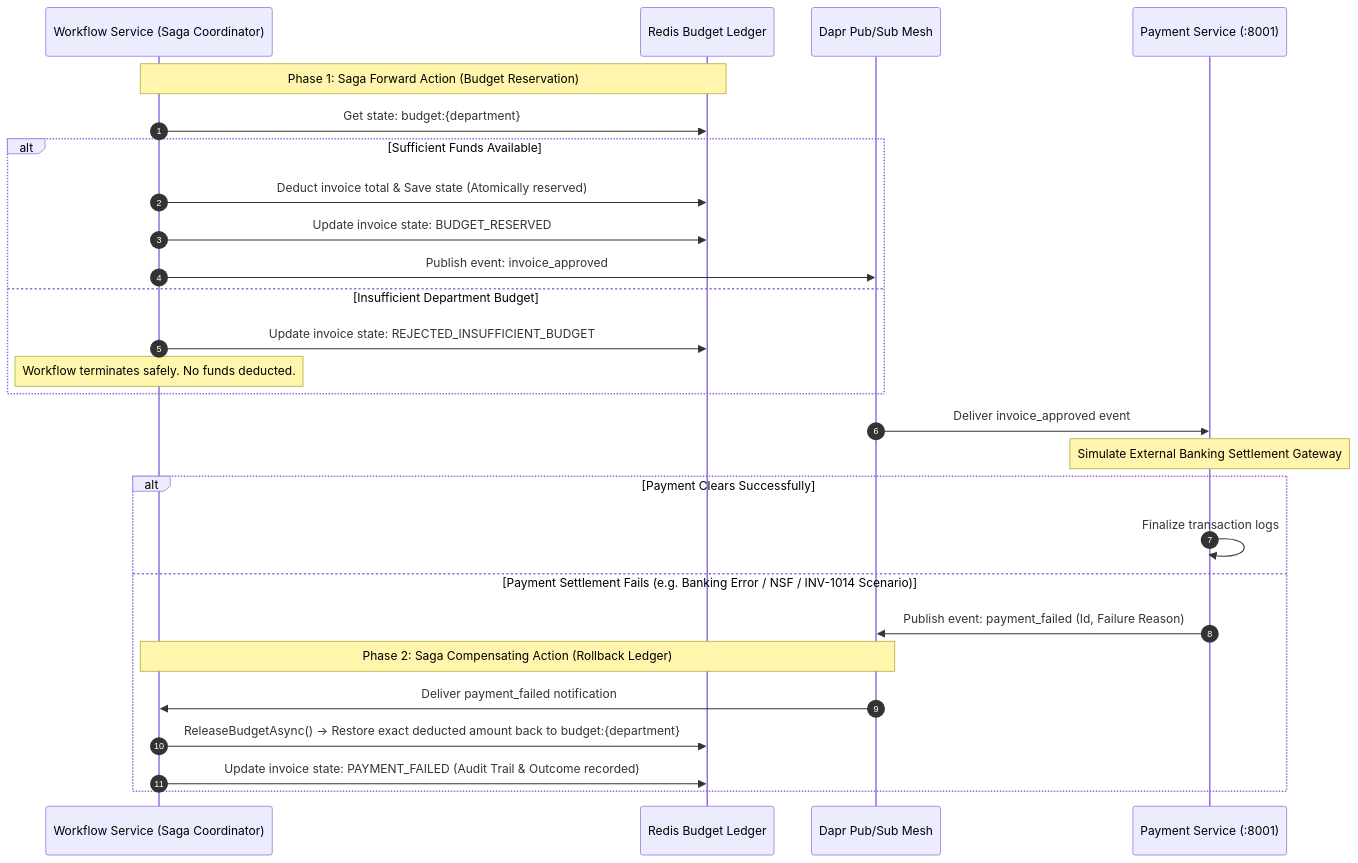
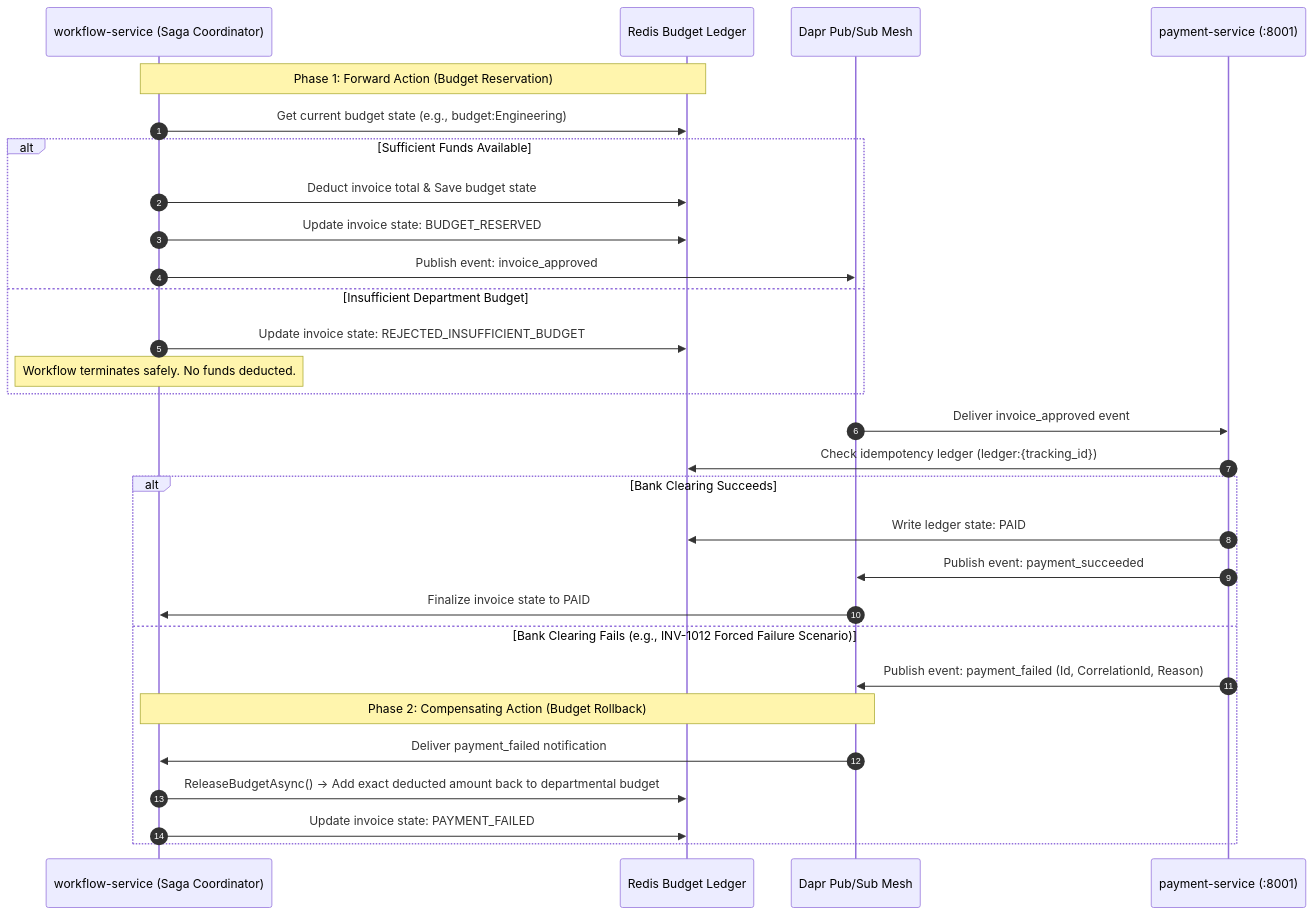
The fourth of 4 diagrams in ARCHITECTURE.md (MEISTER97/ApprovalFlow), drawn with Mermaid before and after one commit. The commit also changed other lines of this file and 7 other files, not shown here.

Commit message:
docs: comprehensive README and ARCHITECTURE documentation with exact system boundaries

````diff
--- a/ARCHITECTURE.md
+++ b/ARCHITECTURE.md
@@ -98,34 +135,36 @@
 ```mermaid
 sequenceDiagram
     autonumber
-    participant WF as Workflow Service (Saga Coordinator)
+    participant WF as workflow-service (Saga Coordinator)
     participant RD as Redis Budget Ledger
     participant PS as Dapr Pub/Sub Mesh
-    participant PAY as Payment Service (:8001)
+    participant PAY as payment-service (:8001)
 
-    Note over WF,RD: Phase 1: Saga Forward Action (Budget Reservation)
-    WF->>RD: Get state: budget:{department}
+    Note over WF,RD: Phase 1: Forward Action (Budget Reservation)
+    WF->>RD: Get current budget state (e.g., budget:Engineering)
     alt Sufficient Funds Available
-        WF->>RD: Deduct invoice total & Save state (Atomically reserved)
+        WF->>RD: Deduct invoice total & Save budget state
         WF->>RD: Update invoice state: BUDGET_RESERVED
         WF->>PS: Publish event: invoice_approved
     else Insufficient Department Budget
         WF->>RD: Update invoice state: REJECTED_INSUFFICIENT_BUDGET
         Note over WF: Workflow terminates safely. No funds deducted.
     end
 
     PS->>PAY: Deliver invoice_approved event
-    Note over PAY: Simulate External Banking Settlement Gateway
-
-    alt Payment Clears Successfully
-        PAY->>PAY: Finalize transaction logs
-    else Payment Settlement Fails (e.g. Banking Error / NSF / INV-1014 Scenario)
-        PAY->>PS: Publish event: payment_failed (Id, Failure Reason)
+    PAY->>RD: Check idempotency ledger (ledger:{tracking_id})
+    
+    alt Bank Clearing Succeeds
+        PAY->>RD: Write ledger state: PAID
+        PAY->>PS: Publish event: payment_succeeded
+        PS->>WF: Finalize invoice state to PAID
+    else Bank Clearing Fails (e.g., INV-1012 Forced Failure Scenario)
+        PAY->>PS: Publish event: payment_failed (Id, CorrelationId, Reason)
         
-        Note over PS,WF: Phase 2: Saga Compensating Action (Rollback Ledger)
+        Note over PS,WF: Phase 2: Compensating Action (Budget Rollback)
         PS->>WF: Deliver payment_failed notification
-        WF->>RD: ReleaseBudgetAsync() -> Restore exact deducted amount back to budget:{department}
-        WF->>RD: Update invoice state: PAYMENT_FAILED (Audit Trail & Outcome recorded)
+        WF->>RD: ReleaseBudgetAsync() -> Add exact deducted amount back to departmental budget
+        WF->>RD: Update invoice state: PAYMENT_FAILED
     end
 
 ```
````
